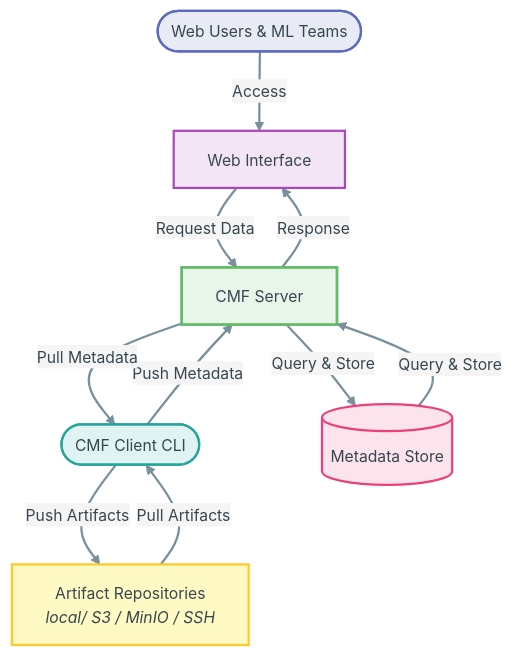
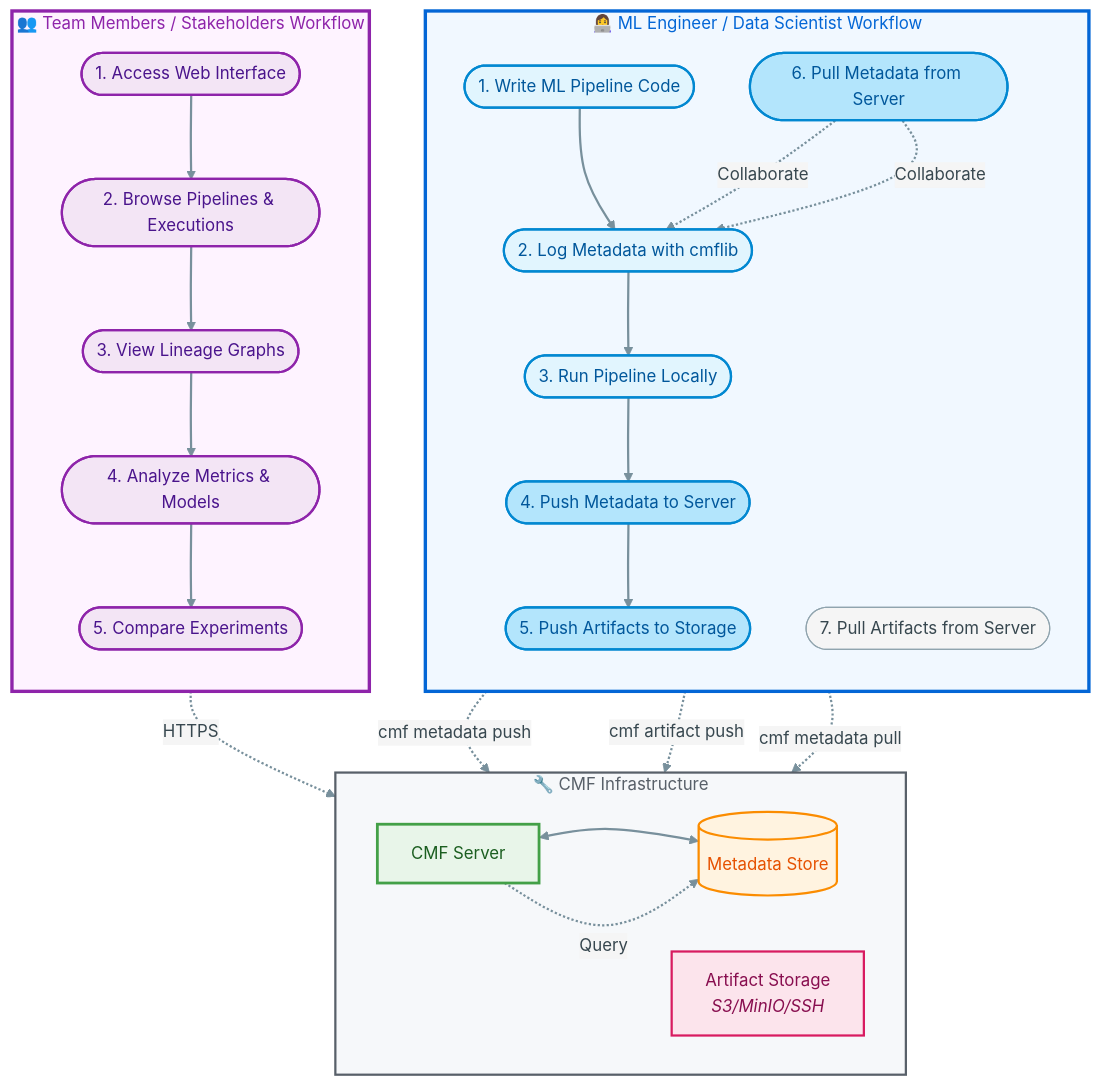
One commit to HewlettPackard/cmf changed the first of 2 diagrams in docs/index.md. Above: the diagram before and after it, drawn with Mermaid. The commit also changed other lines of this file and 10 other files, not shown here.

First line of the commit message:
Fine tuning documents: Added images related to UI pages, updated artifacts.md, executions.md (#312)

````diff
--- a/docs/index.md
+++ b/docs/index.md
@@ -28,34 +28,68 @@
 ```mermaid
-%%{init: {'theme':'base', 'themeVariables': { 'primaryColor':'#f5f5f5','primaryTextColor':'#37474f','primaryBorderColor':'#90a4ae','lineColor':'#78909c','fontSize':'14px','fontFamily':'system-ui, -apple-system, sans-serif'}}}%%
+%%{init: {'theme':'base', 'themeVariables': { 'primaryColor':'#f5f5f5','primaryTextColor':'#37474f','primaryBorderColor':'#90a4ae','lineColor':'#78909c','fontSize':'15px','fontFamily':'system-ui, -apple-system, sans-serif'}}}%%
 flowchart TB
-    WEBUSER([Web Users & ML Teams])
-    CMFCLIENT([CMF Client CLI])
+    subgraph CLIUSER["👩‍💻 ML Engineer / Data Scientist Workflow"]
+        direction TB
+        CLI1([1. Write ML Pipeline Code])
+        CLI2([2. Log Metadata with cmflib])
+        CLI3([3. Run Pipeline Locally])
+        CLI4([4. Push Metadata to Server])
+        CLI5([5. Push Artifacts to Storage])
+        CLI6([6. Pull Metadata from Server])
+        CLI7([7. Pull Artifacts from Server])
+        
+        CLI1 --> CLI2 --> CLI3 --> CLI4 --> CLI5
+        CLI6 -.->|Collaborate| CLI2
+        CLI6 -.->|Collaborate| CLI2
+    end
     
-    UI[Web Interface]
-    SERVERBOX[CMF Server]
+    subgraph WEBUSER["👥 Team Members / Stakeholders Workflow"]
+        direction TB
+        WEB1([1. Access Web Interface])
+        WEB2([2. Browse Pipelines & Executions])
+        WEB3([3. View Lineage Graphs])
+        WEB4([4. Analyze Metrics & Models])
+        WEB5([5. Compare Experiments])
         
-    DB[(Metadata Store)]
-    ARTIFACTS[Artifact Repositories<br/><i>local/ S3 / MinIO / SSH</i>]
+        WEB1 --> WEB2 --> WEB3 --> WEB4 --> WEB5
+    end
     
-    WEBUSER -->|Access| UI
-    CMFCLIENT -->|Push Metadata| SERVERBOX
-    SERVERBOX -->|Pull Metadata| CMFCLIENT
+    subgraph INFRA["🔧 CMF Infrastructure"]
+        direction LR
+        SERVER[CMF Server]
+        DB[(Metadata Store)]
+        STORAGE[Artifact Storage<br/><i>S3/MinIO/SSH</i>]
+        
+        SERVER <--> DB
+    end
     
-    UI -->|Request Data| SERVERBOX
-    SERVERBOX -->|Response| UI
+    CLI4 -.->|cmf metadata push| SERVER
+    CLI5 -.->|cmf artifact push| STORAGE
+    CLI6 -.->|cmf metadata pull| SERVER
     
-    SERVERBOX -->|Query & Store| DB
-    DB -->|Query & Store| SERVERBOX
+    WEB1 -.->|HTTPS| SERVER
+    SERVER -.->|Query| DB
     
-    CMFCLIENT -->|Push Artifacts| ARTIFACTS
-    ARTIFACTS -->|Pull Artifacts| CMFCLIENT
+    style CLI1 fill:#e1f5fe,stroke:#0288d1,stroke-width:2px,color:#01579b
+    style CLI2 fill:#e1f5fe,stroke:#0288d1,stroke-width:2px,color:#01579b
+    style CLI3 fill:#e1f5fe,stroke:#0288d1,stroke-width:2px,color:#01579b
+    style CLI4 fill:#b3e5fc,stroke:#0288d1,stroke-width:2px,color:#01579b
+    style CLI5 fill:#b3e5fc,stroke:#0288d1,stroke-width:2px,color:#01579b
+    style CLI6 fill:#b3e5fc,stroke:#0288d1,stroke-width:2px,color:#01579b
     
-    style WEBUSER fill:#e8eaf6,stroke:#5c6bc0,stroke-width:2px,color:#37474f
-    style CMFCLIENT fill:#e0f2f1,stroke:#26a69a,stroke-width:2px,color:#37474f
-    style UI fill:#f3e5f5,stroke:#ab47bc,stroke-width:2px,color:#37474f
-    style SERVERBOX fill:#e8f5e9,stroke:#66bb6a,stroke-width:2.5px,color:#37474f
-    style DB fill:#fce4ec,stroke:#ec407a,stroke-width:2px,color:#37474f
-    style ARTIFACTS fill:#fff9c4,stroke:#ffca28,stroke-width:2px,color:#37474f
+    style WEB1 fill:#f3e5f5,stroke:#8e24aa,stroke-width:2px,color:#4a148c
+    style WEB2 fill:#f3e5f5,stroke:#8e24aa,stroke-width:2px,color:#4a148c
+    style WEB3 fill:#f3e5f5,stroke:#8e24aa,stroke-width:2px,color:#4a148c
+    style WEB4 fill:#f3e5f5,stroke:#8e24aa,stroke-width:2px,color:#4a148c
+    style WEB5 fill:#f3e5f5,stroke:#8e24aa,stroke-width:2px,color:#4a148c
+    
+    style SERVER fill:#e8f5e9,stroke:#43a047,stroke-width:2.5px,color:#1b5e20
+    style DB fill:#fff3e0,stroke:#fb8c00,stroke-width:2px,color:#e65100
+    style STORAGE fill:#fce4ec,stroke:#d81b60,stroke-width:2px,color:#880e4f
+    
+    style CLIUSER fill:#f1f8ff,stroke:#0366d6,stroke-width:3px,color:#0366d6
+    style WEBUSER fill:#fef3ff,stroke:#8e24aa,stroke-width:3px,color:#8e24aa
+    style INFRA fill:#f6f8fa,stroke:#586069,stroke-width:2px,color:#586069
     
     linkStyle default stroke:#78909c,stroke-width:2px
 ```
````
